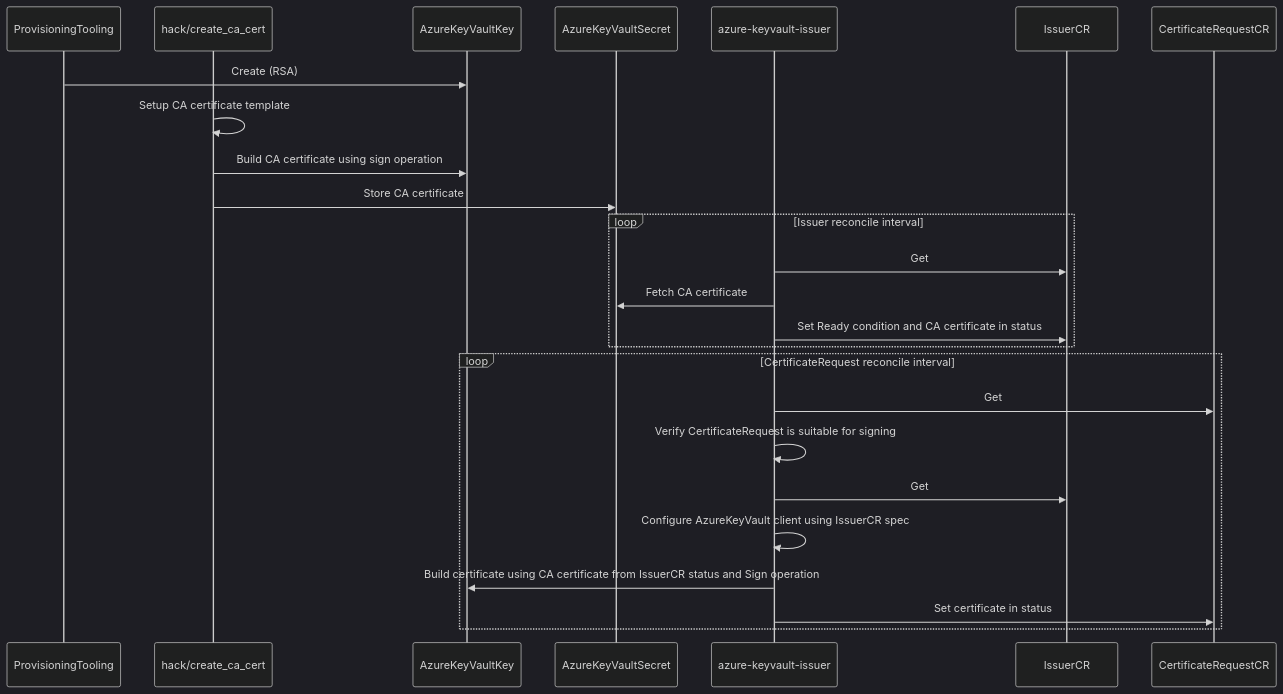
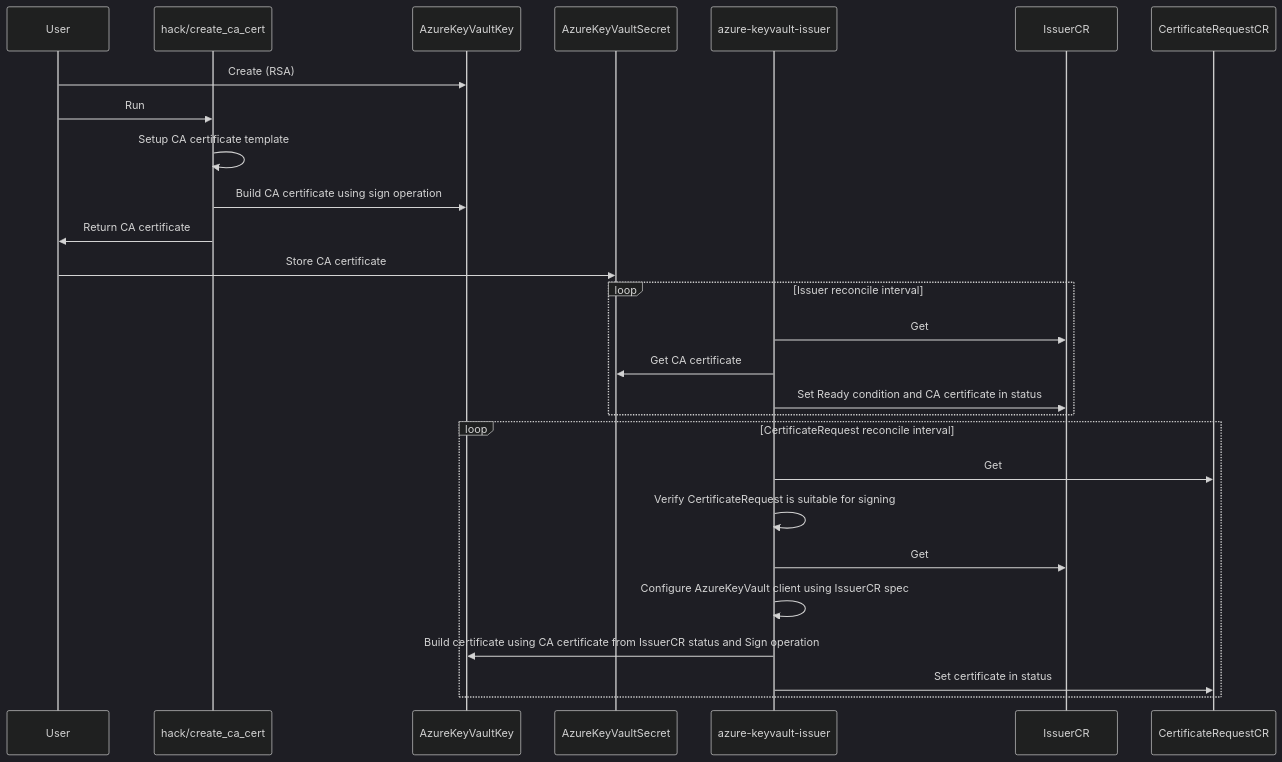
One commit to gonicus/azure-keyvault-issuer changed the diagram in README.md. Above: the diagram before and after it, drawn with Mermaid (dark theme). The commit also changed other lines of this file, not shown here.

````diff
--- a/README.md
+++ b/README.md
@@ -15,29 +23,31 @@
 ```mermaid
 sequenceDiagram
-participant ProvisioningTooling
+participant User
 participant hack/create_ca_cert
 participant AzureKeyVaultKey
 participant AzureKeyVaultSecret
 participant azure-keyvault-issuer
 participant IssuerCR
 participant CertificateRequestCR
-ProvisioningTooling->>AzureKeyVaultKey: Create (RSA)
+User->>AzureKeyVaultKey: Create (RSA)
+User->>hack/create_ca_cert: Run
 hack/create_ca_cert->>hack/create_ca_cert: Setup CA certificate template
 hack/create_ca_cert->>AzureKeyVaultKey: Build CA certificate using sign operation
-hack/create_ca_cert->>AzureKeyVaultSecret: Store CA certificate
+hack/create_ca_cert->>User: Return CA certificate
+User->>AzureKeyVaultSecret: Store CA certificate
 loop Issuer reconcile interval
     azure-keyvault-issuer->>IssuerCR: Get
-    azure-keyvault-issuer->>AzureKeyVaultSecret: Fetch CA certificate
+    azure-keyvault-issuer->>AzureKeyVaultSecret: Get CA certificate
     azure-keyvault-issuer->>IssuerCR: Set Ready condition and CA certificate in status
 end
 loop CertificateRequest reconcile interval
     azure-keyvault-issuer->>CertificateRequestCR: Get
     azure-keyvault-issuer->>azure-keyvault-issuer: Verify CertificateRequest is suitable for signing
     azure-keyvault-issuer->>IssuerCR: Get
     azure-keyvault-issuer->>azure-keyvault-issuer: Configure AzureKeyVault client using IssuerCR spec
     azure-keyvault-issuer->>AzureKeyVaultKey: Build certificate using CA certificate from IssuerCR status and Sign operation
     azure-keyvault-issuer->>CertificateRequestCR: Set certificate in status
 end
 
 
 ```
````
